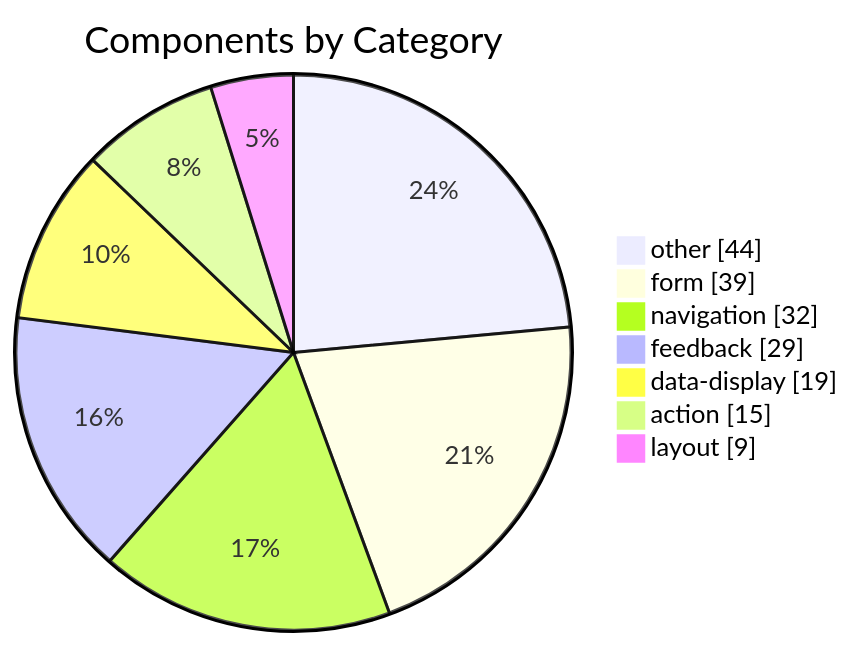
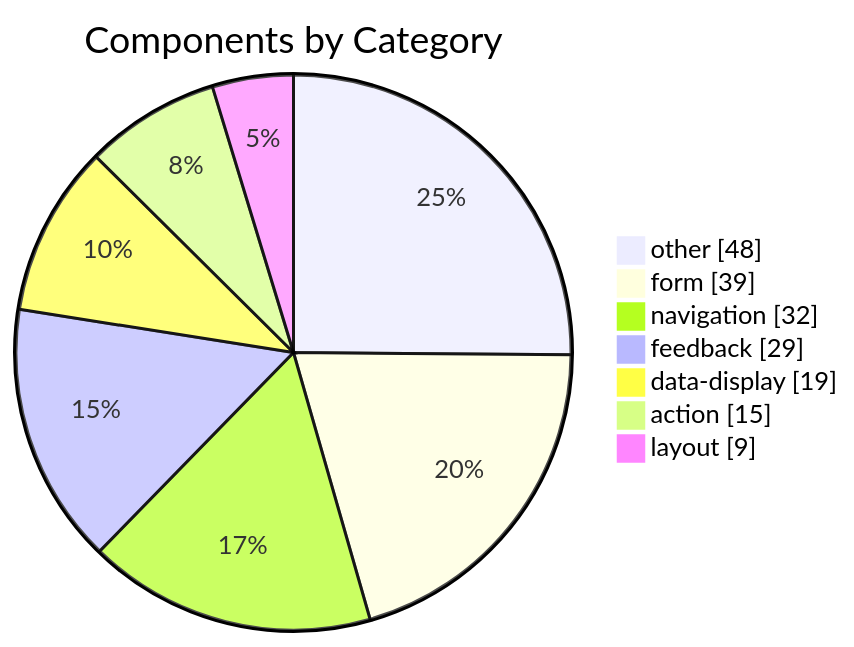
The diagram in docs/assets/stats-components.mmd (MerzoukeMansouri/adeo-mozaic-mcp), drawn with Mermaid before and after one commit. The commit also changed 29 other files, not shown here.

First line of the commit message:
docs: bring README, docs, diagrams and website up to date

```diff
--- a/docs/assets/stats-components.mmd
+++ b/docs/assets/stats-components.mmd
@@ -1,11 +1,11 @@
 ---
 title: Components by Category
 ---
 pie showData
-    "other" : 44
+    "other" : 48
     "form" : 39
     "navigation" : 32
     "feedback" : 29
     "data-display" : 19
     "action" : 15
     "layout" : 9
```
